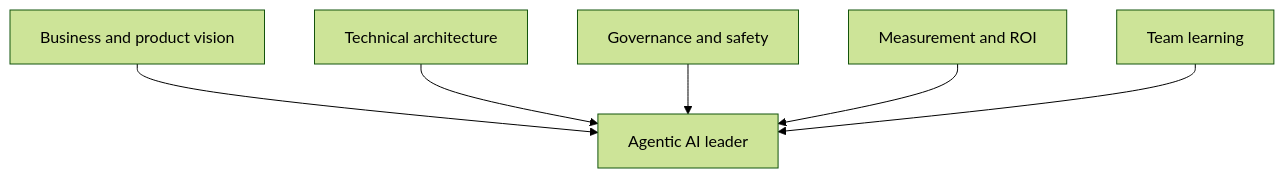
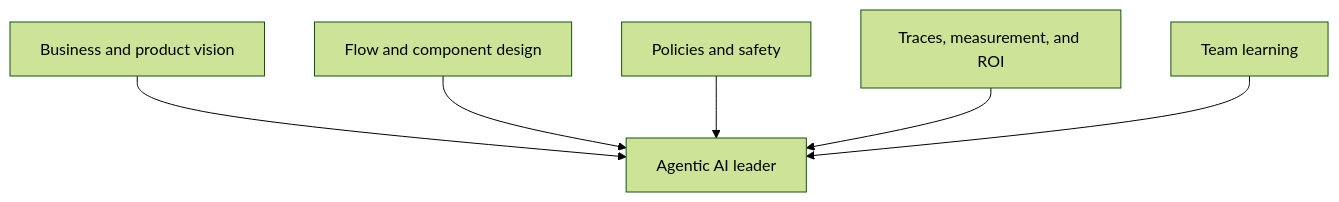
Before and after one commit to naren-allam/agents-beginners: the sixth of 9 diagrams in book/chapters/chapter-07-the-future-of-agentic-ai-and-your-role.md, drawn with Mermaid (forest theme). The commit also changed other lines of this file and 28 other files, not shown here.

````diff
--- a/book/chapters/chapter-07-the-future-of-agentic-ai-and-your-role.md
+++ b/book/chapters/chapter-07-the-future-of-agentic-ai-and-your-role.md
@@ -169,15 +176,15 @@
 ```mermaid
 flowchart TD
     Leader["Agentic AI leader"]
     Vision["Business and product vision"]
-    Architecture["Technical architecture"]
-    Governance["Governance and safety"]
-    Measurement["Measurement and ROI"]
+    Architecture["Flow and component design"]
+    Governance["Policies and safety"]
+    Measurement["Traces, measurement, and ROI"]
     Learning["Team learning"]
 
     Vision --> Leader
     Architecture --> Leader
     Governance --> Leader
     Measurement --> Leader
     Learning --> Leader
 ```
````
